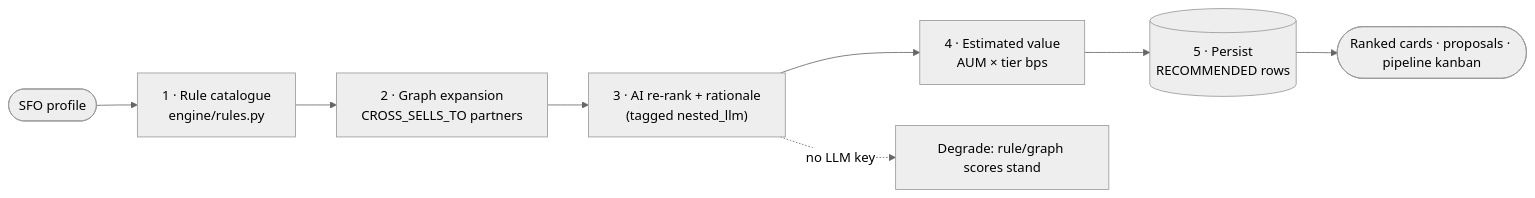
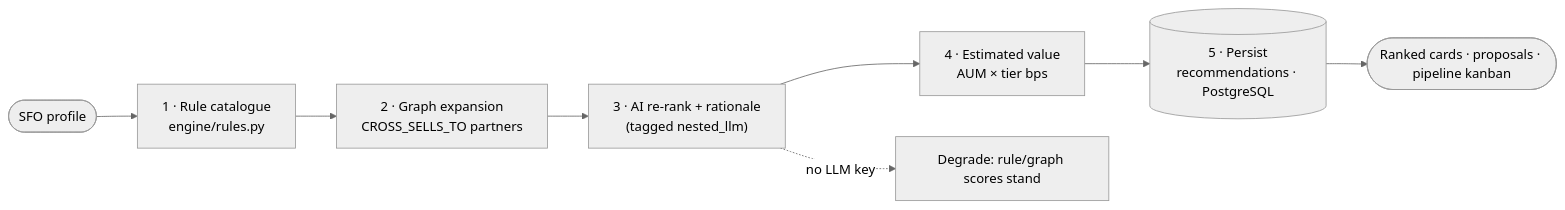
The third of 7 diagrams in docs/technical_architecture.md (predictivelabsai/FastFund), drawn with Mermaid (neutral theme) before and after one commit. The commit also changed other lines of this file and 10 other files, not shown here.

First line of the commit message:
Standardise architecture on Azure Blob Storage + PostgreSQL

````diff
--- a/docs/technical_architecture.md
+++ b/docs/technical_architecture.md
@@ -104,10 +105,10 @@
 ```mermaid
 flowchart LR
     P(["SFO profile"]) --> RULES["1 · Rule catalogue<br/>engine/rules.py"]
     RULES --> GRAPH["2 · Graph expansion<br/>CROSS_SELLS_TO partners"]
     GRAPH --> AI["3 · AI re-rank + rationale<br/>(tagged nested_llm)"]
     AI --> VALUE["4 · Estimated value<br/>AUM × tier bps"]
-    VALUE --> PERSIST[("5 · Persist<br/>RECOMMENDED rows")]
+    VALUE --> PERSIST[("5 · Persist<br/>recommendations · PostgreSQL")]
     PERSIST --> UI(["Ranked cards · proposals · pipeline kanban"])
     AI -. "no LLM key" .-> DEGRADE["Degrade: rule/graph scores stand"]
 ```
````
